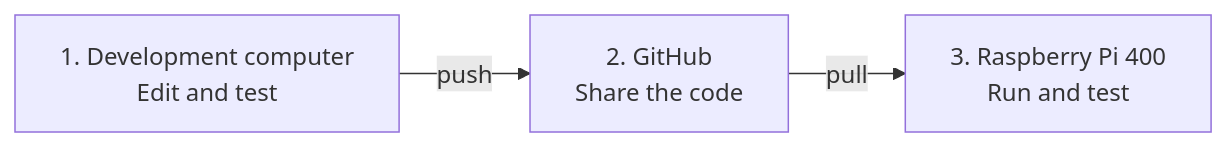
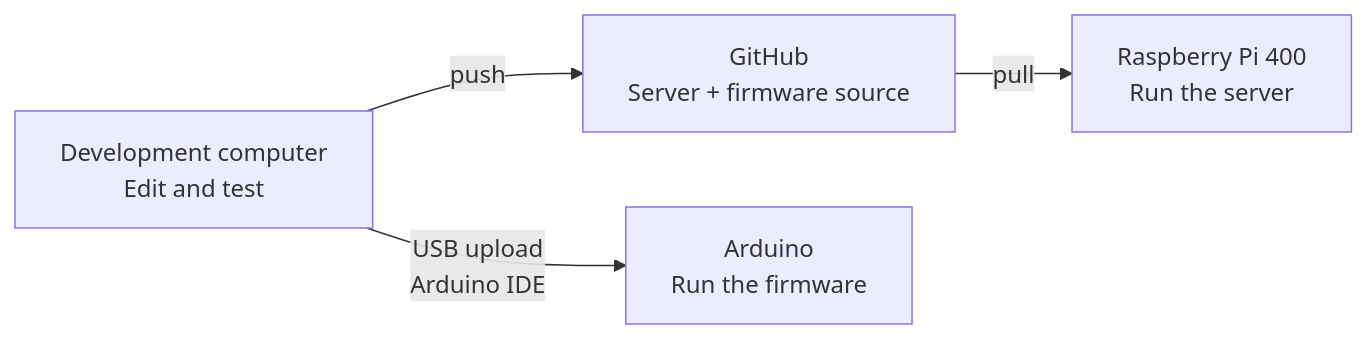
The diagram in sessions/05-ai-assisted-development-and-git-workflow/README.md (nullyks/ifi7386-interactive-systems), drawn with Mermaid before and after one commit. The commit also changed other lines of this file and 4 other files, not shown here.

Commit message:
Explain Arduino firmware versioning and USB upload in Session 5

````diff
--- a/sessions/05-ai-assisted-development-and-git-workflow/README.md
+++ b/sessions/05-ai-assisted-development-and-git-workflow/README.md
@@ -25,8 +26,10 @@
 ```mermaid
 flowchart LR
-    DEV["1. Development computer<br/>Edit and test"]
-    GITHUB["2. GitHub<br/>Share the code"]
-    PI["3. Raspberry Pi 400<br/>Run and test"]
+    DEV["Development computer<br/>Edit and test"]
+    GITHUB["GitHub<br/>Server + firmware source"]
+    PI["Raspberry Pi 400<br/>Run the server"]
+    ARDUINO["Arduino<br/>Run the firmware"]
     DEV -->|push| GITHUB
     GITHUB -->|pull| PI
+    DEV -->|"USB upload<br/>Arduino IDE"| ARDUINO
 ```
````
